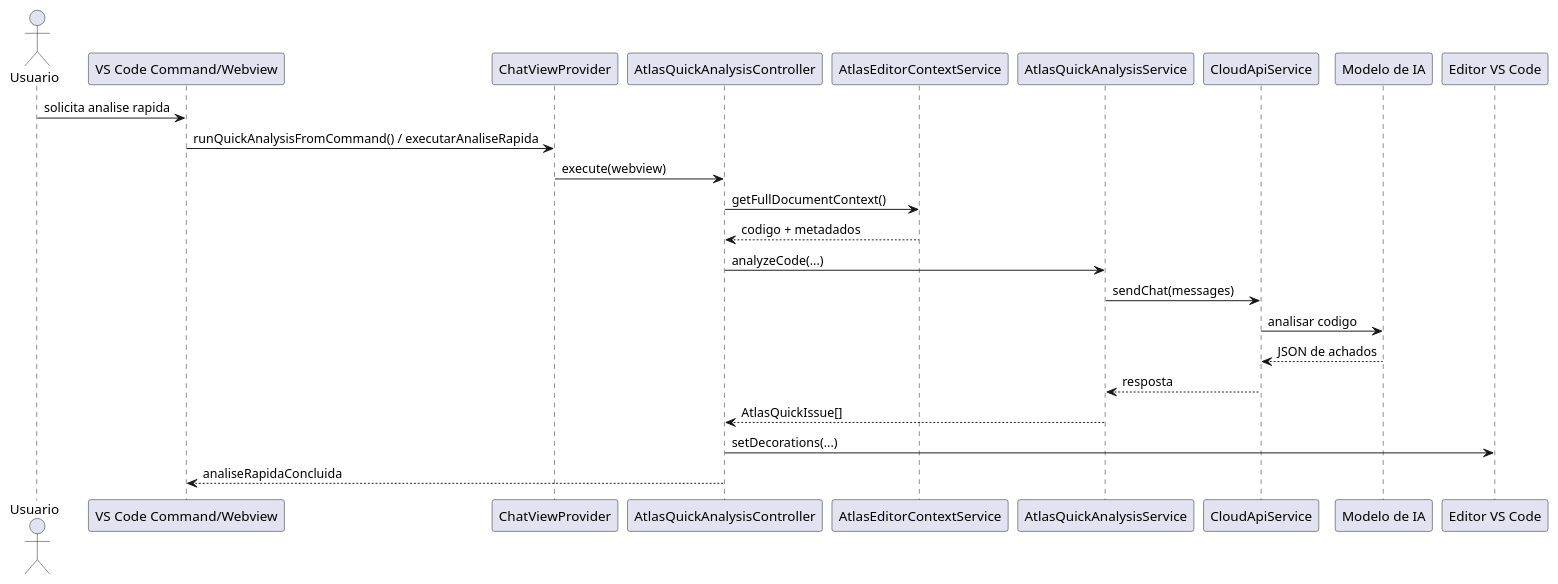
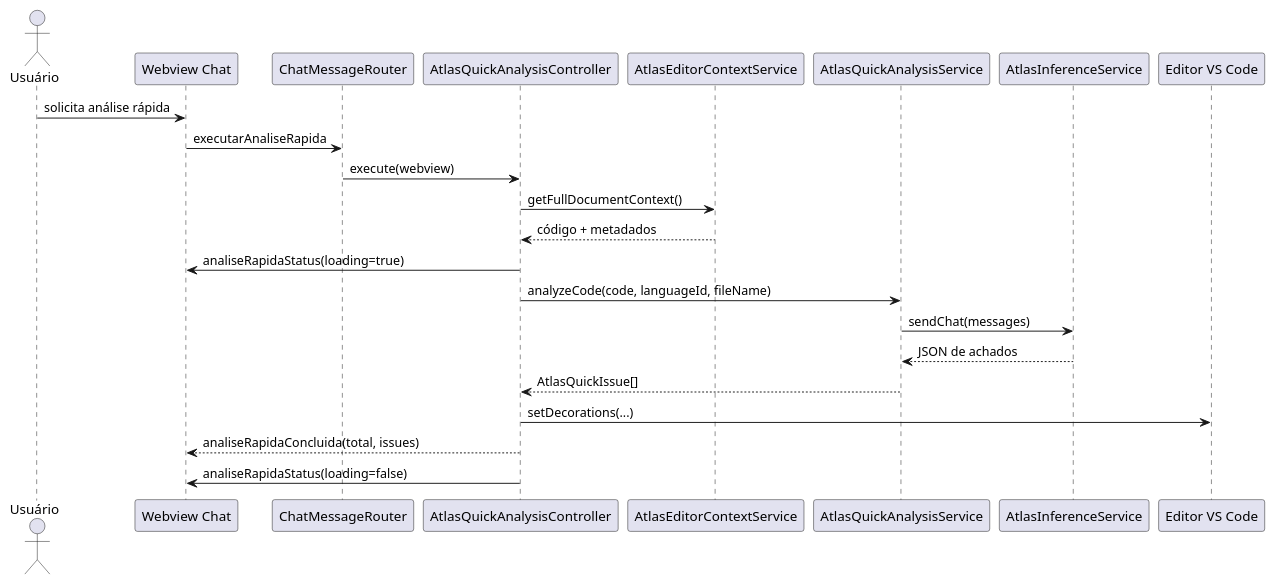
One commit to JVictorVI/ATLAS changed the fourth of 38 diagrams in docs/plantuml-diagramas-por-caso-de-uso-atlas.md. Above: the diagram before and after it, drawn with PlantUML. The commit also changed other lines of this file and 5 other files, not shown here.

Commit message:
Atualiza diagramas e casos de uso

````diff
--- a/docs/plantuml-diagramas-por-caso-de-uso-atlas.md
+++ b/docs/plantuml-diagramas-por-caso-de-uso-atlas.md
@@ -120,28 +128,27 @@
 ```plantuml
 @startuml
 skinparam shadowing false
-actor Usuario
-participant "VS Code Command/Webview" as Trigger
-participant ChatViewProvider as Provider
+actor Usuário
+participant "Webview Chat" as Webview
+participant ChatMessageRouter as Router
 participant AtlasQuickAnalysisController as Controller
 participant AtlasEditorContextService as EditorContext
 participant AtlasQuickAnalysisService as QuickService
-participant CloudApiService as CloudApi
-participant "Modelo de IA" as ModeloIA
+participant AtlasInferenceService as Inference
 participant "Editor VS Code" as Editor
 
-Usuario -> Trigger : solicita analise rapida
-Trigger -> Provider : runQuickAnalysisFromCommand() / executarAnaliseRapida
-Provider -> Controller : execute(webview)
+Usuário -> Webview : solicita análise rápida
+Webview -> Router : executarAnaliseRapida
+Router -> Controller : execute(webview)
 Controller -> EditorContext : getFullDocumentContext()
-EditorContext --> Controller : codigo + metadados
-Controller -> QuickService : analyzeCode(...)
-QuickService -> CloudApi : sendChat(messages)
-CloudApi -> ModeloIA : analisar codigo
-ModeloIA --> CloudApi : JSON de achados
-CloudApi --> QuickService : resposta
+EditorContext --> Controller : código + metadados
+Controller -> Webview : analiseRapidaStatus(loading=true)
+Controller -> QuickService : analyzeCode(code, languageId, fileName)
+QuickService -> Inference : sendChat(messages)
+Inference --> QuickService : JSON de achados
 QuickService --> Controller : AtlasQuickIssue[]
 Controller -> Editor : setDecorations(...)
-Controller --> Trigger : analiseRapidaConcluida
+Controller --> Webview : analiseRapidaConcluida(total, issues)
+Controller -> Webview : analiseRapidaStatus(loading=false)
 @enduml
 ```
````
